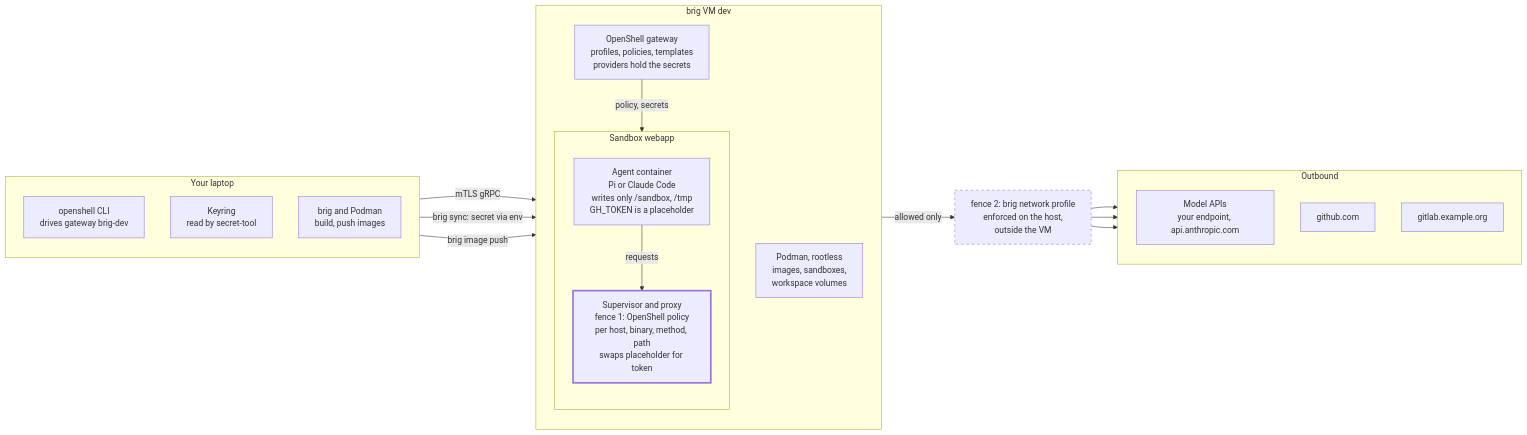
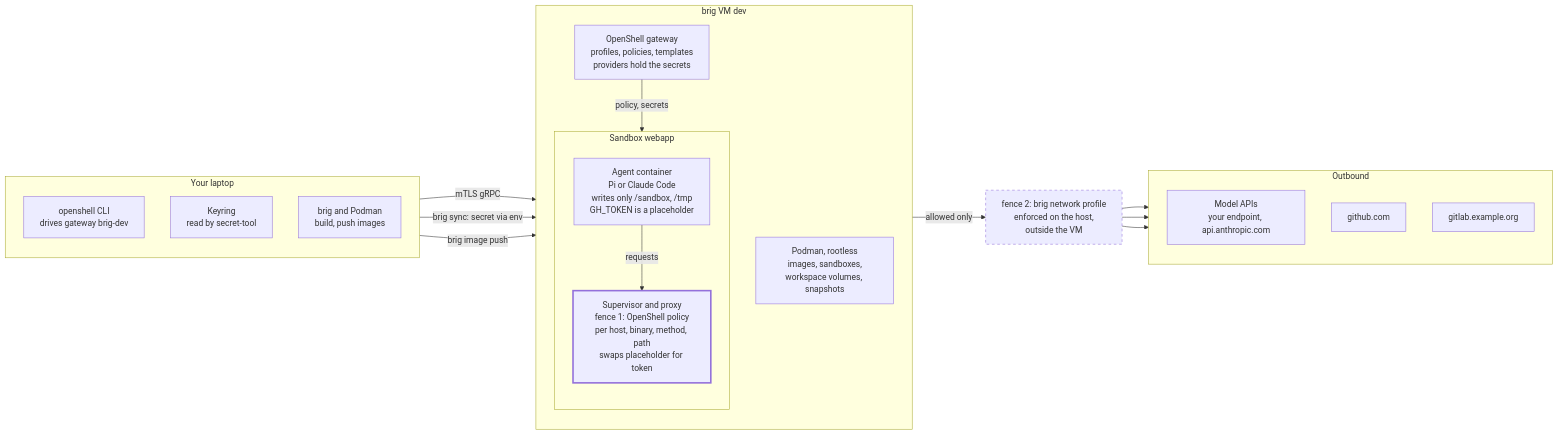
Before and after one commit to dennisklein/brig: the diagram in docs/concepts/architecture.md, drawn with Mermaid. The commit also changed 9 other files, not shown here.

````diff
--- a/docs/concepts/architecture.md
+++ b/docs/concepts/architecture.md
@@ -8,35 +8,35 @@
 ```mermaid
 flowchart LR
   subgraph host["Your laptop"]
     direction TB
     cli["openshell CLI<br/>drives gateway brig-dev"]
     keyring["Keyring<br/>read by secret-tool"]
     hostpodman["brig and Podman<br/>build, push images"]
   end
   subgraph vm["brig VM dev"]
     direction TB
     gateway["OpenShell gateway<br/>profiles, policies, templates<br/>providers hold the secrets"]
-    vmpodman["Podman, rootless<br/>images, sandboxes,<br/>workspace volumes"]
+    vmpodman["Podman, rootless<br/>images, sandboxes,<br/>workspace volumes, snapshots"]
     subgraph sandbox["Sandbox webapp"]
       direction TB
       agent["Agent container<br/>Pi or Claude Code<br/>writes only /sandbox, /tmp<br/>GH_TOKEN is a placeholder"]
       proxy["Supervisor and proxy<br/>fence 1: OpenShell policy<br/>per host, binary, method, path<br/>swaps placeholder for token"]
     end
   end
   fence["fence 2: brig network profile<br/>enforced on the host,<br/>outside the VM"]
   subgraph out["Outbound"]
     direction TB
     models["Model APIs<br/>your endpoint, api.anthropic.com"]
     github["github.com"]
     gitlab["gitlab.example.org"]
   end
   cli -- "mTLS gRPC" --> gateway
   keyring -- "brig sync: secret via env" --> gateway
   hostpodman -- "brig image push" --> vmpodman
   gateway -- "policy, secrets" --> proxy
   agent -- requests --> proxy
   proxy -- "allowed only" --> fence
   fence --> models & github & gitlab
   style proxy stroke-width:3px
   style fence stroke-dasharray: 5 5
 ```
````
